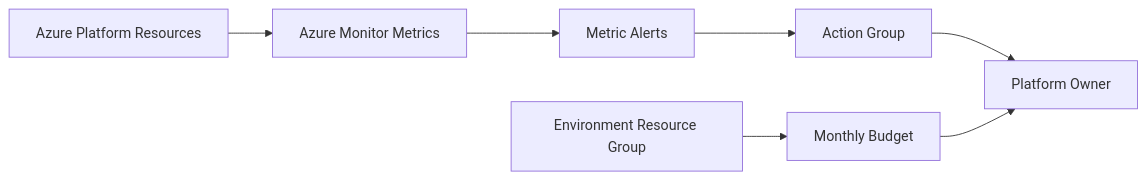
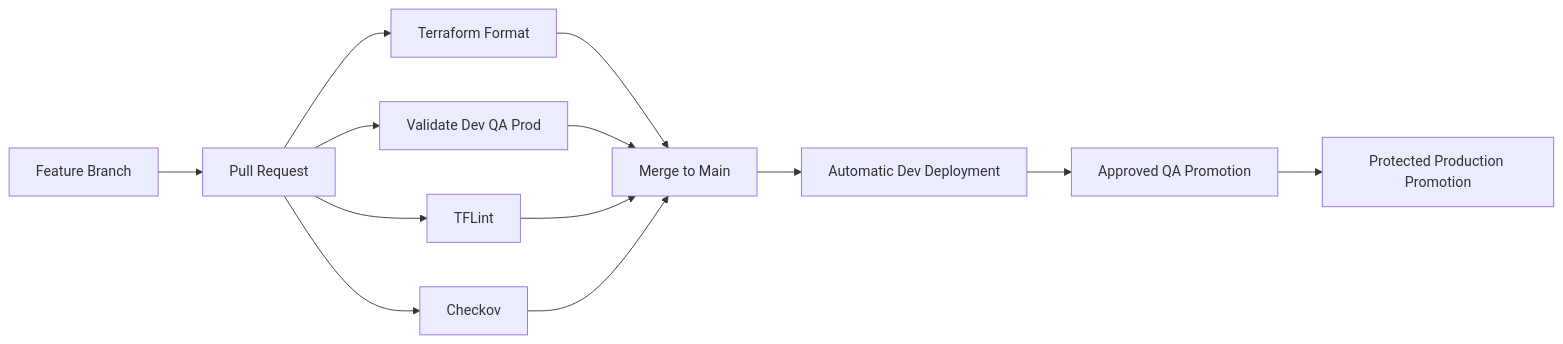
The second of 2 diagrams in README.md (harshilamin/terraform-azure-enterprise-infrastructure), drawn with Mermaid before and after one commit. The commit also changed other lines of this file and 16 other files, not shown here.

````diff
--- a/README.md
+++ b/README.md
@@ -20,10 +149,15 @@
 ```mermaid
 flowchart LR
-    Azure[Azure Platform Resources] --> Metrics[Azure Monitor Metrics]
-    Metrics --> Alerts[Metric Alerts]
-    Alerts --> ActionGroup[Action Group]
-    ActionGroup --> Owner[Platform Owner]
-
-    ResourceGroup[Environment Resource Group] --> Budget[Monthly Budget]
-    Budget --> Owner
+    Branch[Feature Branch] --> PR[Pull Request]
+    PR --> Format[Terraform Format]
+    PR --> Validate[Validate Dev QA Prod]
+    PR --> Lint[TFLint]
+    PR --> Security[Checkov]
+    Format --> Merge[Merge to Main]
+    Validate --> Merge
+    Lint --> Merge
+    Security --> Merge
+    Merge --> DevDeploy[Automatic Dev Deployment]
+    DevDeploy --> QAPromotion[Approved QA Promotion]
+    QAPromotion --> ProdPromotion[Protected Production Promotion]
 ```
````
